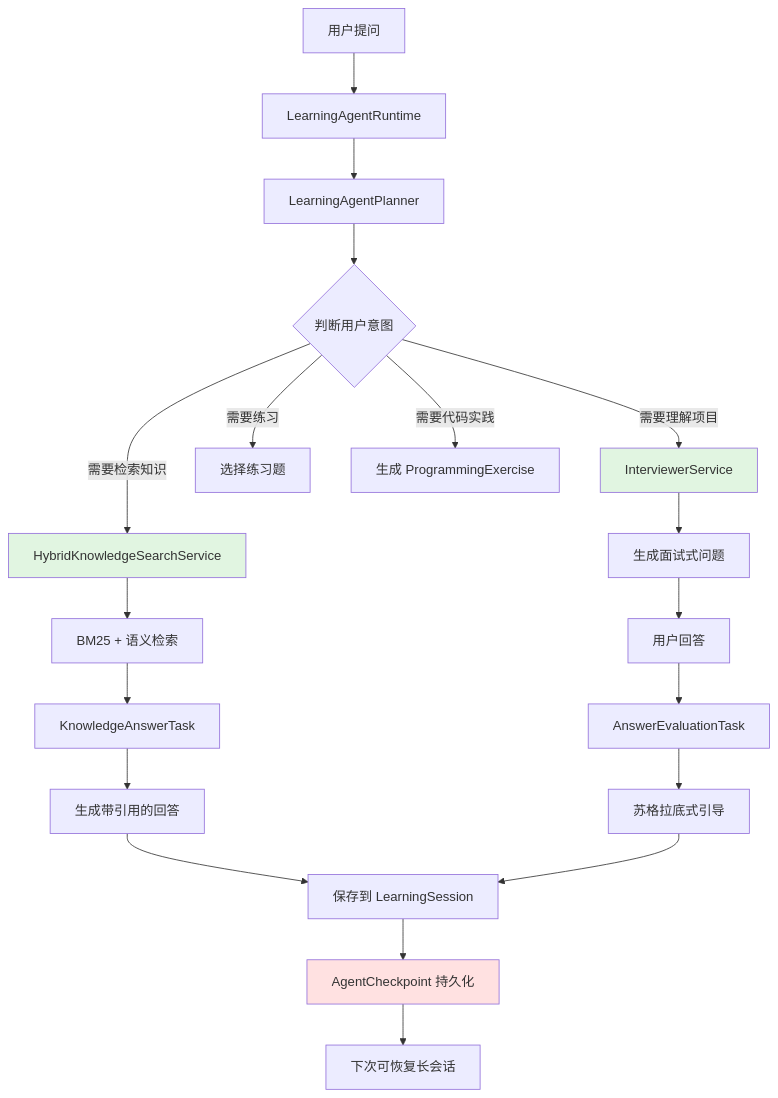
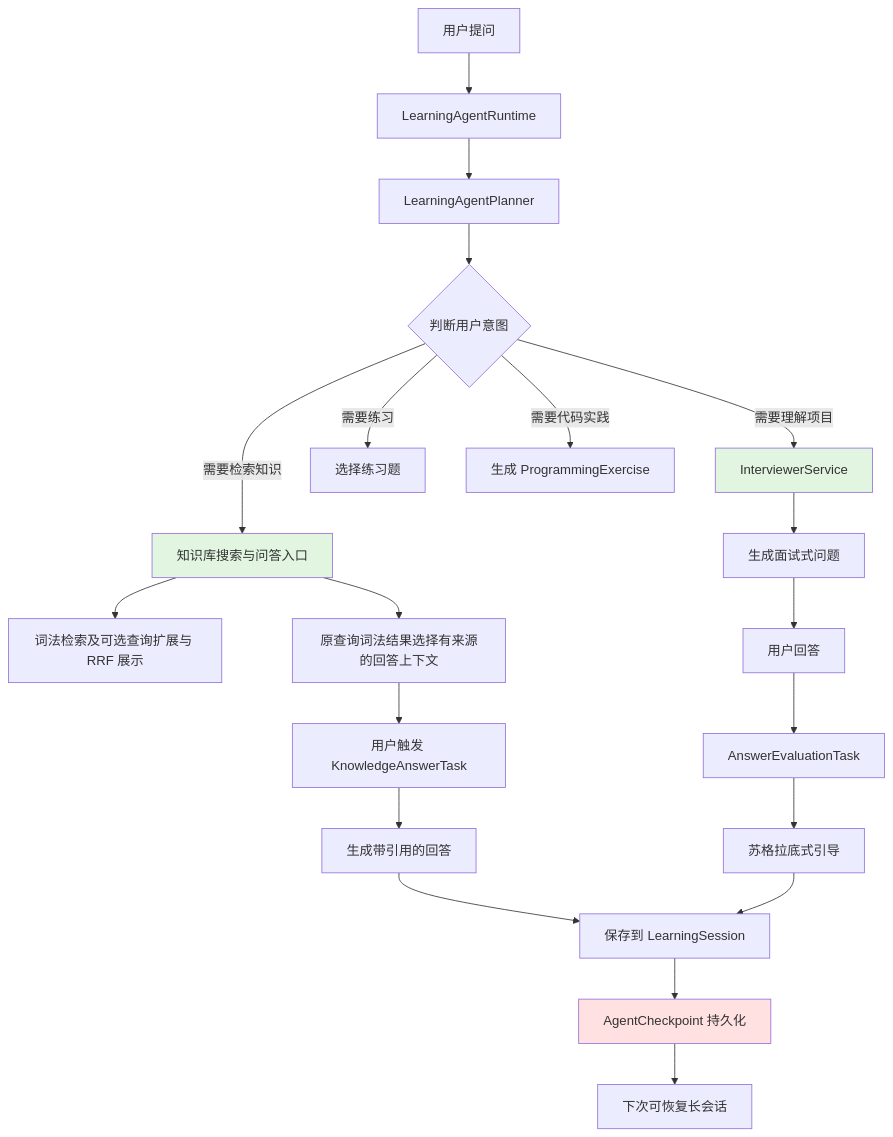
Before and after one commit to Drew-Z/anchor: the third of 4 diagrams in docs/architecture/SYSTEM_OVERVIEW.md, drawn with Mermaid. The commit also changed other lines of this file and 2 other files, not shown here.

Commit message:
docs: align search and question review architecture with implementation

````diff
--- a/docs/architecture/SYSTEM_OVERVIEW.md
+++ b/docs/architecture/SYSTEM_OVERVIEW.md
@@ -108,30 +110,31 @@
 ```mermaid
 graph TD
     A[用户提问] --> B[LearningAgentRuntime]
     B --> C[LearningAgentPlanner]
     C --> D{判断用户意图}
     
-    D -->|需要检索知识| E[HybridKnowledgeSearchService]
+    D -->|需要检索知识| E[知识库搜索与问答入口]
     D -->|需要理解项目| F[InterviewerService]
     D -->|需要练习| G[选择练习题]
     D -->|需要代码实践| H[生成 ProgrammingExercise]
     
-    E --> I[BM25 + 语义检索]
-    I --> J[KnowledgeAnswerTask]
+    E --> S[词法检索及可选查询扩展与 RRF 展示]
+    E --> I[原查询词法结果选择有来源的回答上下文]
+    I --> J[用户触发 KnowledgeAnswerTask]
     J --> K[生成带引用的回答]
     
     F --> L[生成面试式问题]
     L --> M[用户回答]
     M --> N[AnswerEvaluationTask]
     N --> O[苏格拉底式引导]
     
     K --> P[保存到 LearningSession]
     O --> P
     
     P --> Q[AgentCheckpoint 持久化]
     Q --> R[下次可恢复长会话]
     
     style E fill:#e1f5e1
     style F fill:#e1f5e1
     style Q fill:#ffe1e1
 ```
````
